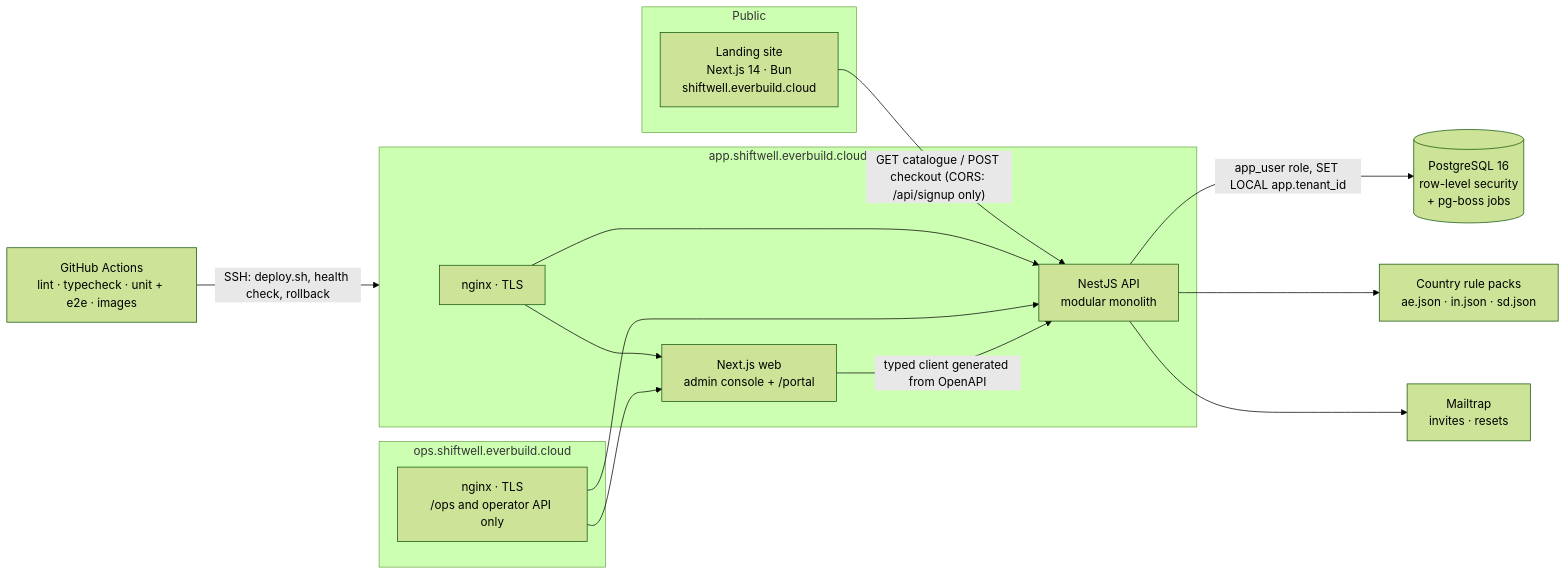
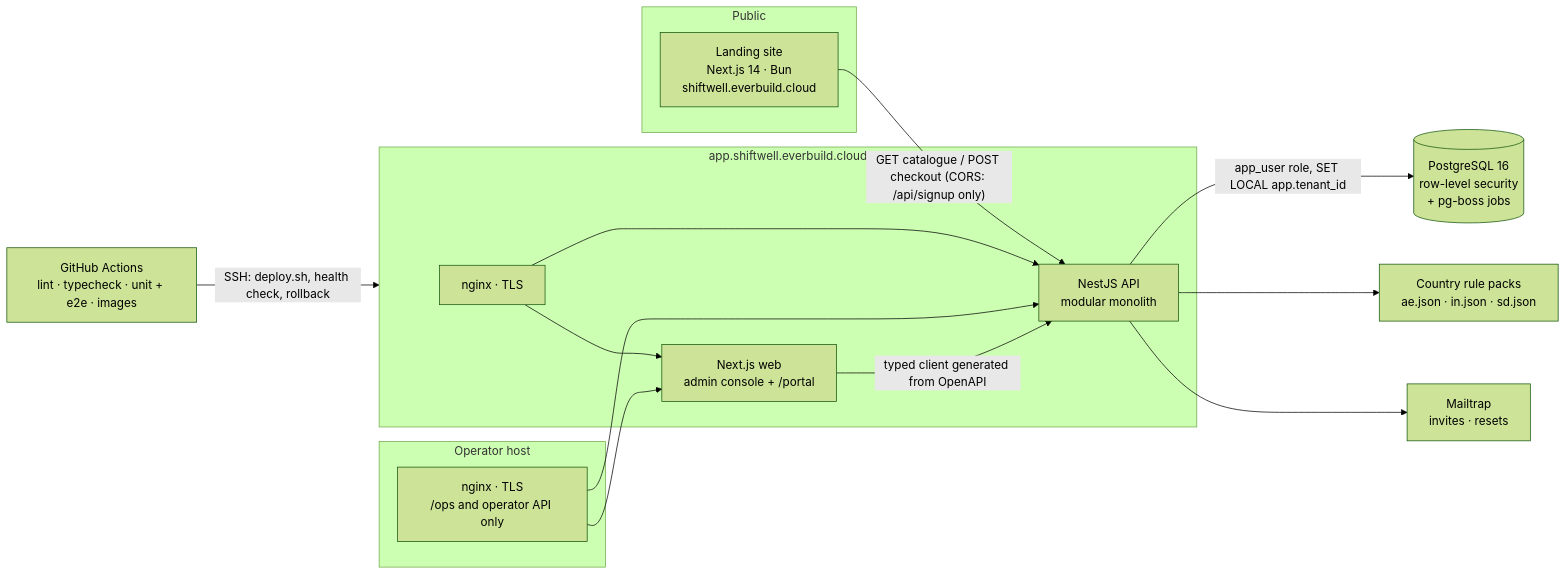
One commit to defoibrahim/shiftwell-showcase changed the diagram in README.md. Above: the diagram before and after it, drawn with Mermaid (forest theme). The commit also changed other lines of this file and 4 other files, not shown here.

Commit message:
Fix tenancy diagram, correct My role, hide unverifiable hero stats

````diff
--- a/README.md
+++ b/README.md
@@ -89,29 +89,29 @@
 ```mermaid
 flowchart LR
   subgraph Public
     L["Landing site<br/>Next.js 14 · Bun<br/>shiftwell.everbuild.cloud"]
   end
   subgraph App["app.shiftwell.everbuild.cloud"]
     N1["nginx · TLS"]
     W["Next.js web<br/>admin console + /portal"]
     A["NestJS API<br/>modular monolith"]
   end
-  subgraph Ops["ops.shiftwell.everbuild.cloud"]
+  subgraph Ops["Operator host"]
     N2["nginx · TLS<br/>/ops and operator API only"]
   end
   DB[("PostgreSQL 16<br/>row-level security<br/>+ pg-boss jobs")]
   RP["Country rule packs<br/>ae.json · in.json · sd.json"]
   M["Mailtrap<br/>invites · resets"]
   GH["GitHub Actions<br/>lint · typecheck · unit + e2e · images"]
 
   L -- "GET catalogue / POST checkout (CORS: /api/signup only)" --> A
   N1 --> W
   N1 --> A
   N2 --> W
   N2 --> A
   W -- "typed client generated from OpenAPI" --> A
   A -- "app_user role, SET LOCAL app.tenant_id" --> DB
   A --> RP
   A --> M
   GH -- "SSH: deploy.sh, health check, rollback" --> App
 ```
````
